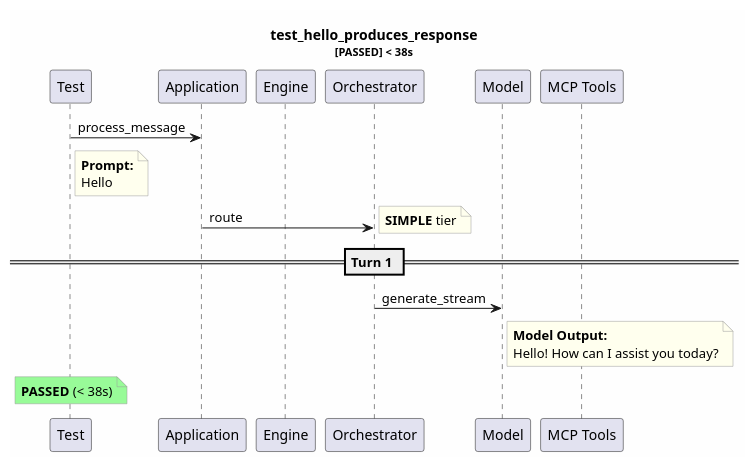
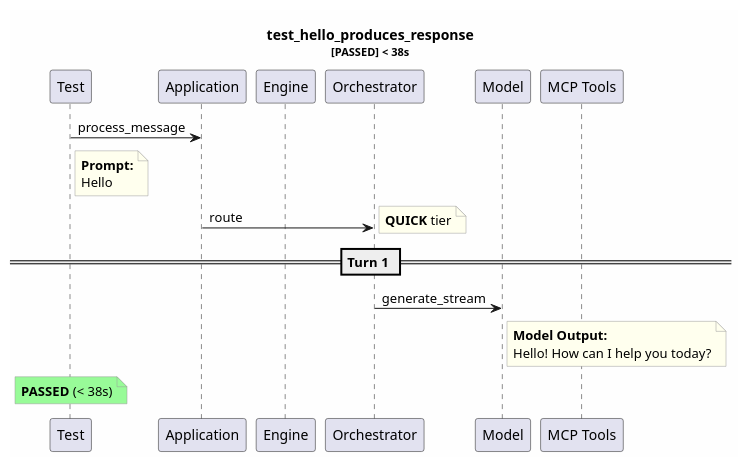
Before and after one commit to tvanfossen/entropic: the diagram in test-reports/logs/test_hello_produces_response/test_hello_produces_response.puml, drawn with PlantUML. The commit also changed 142 other files, not shown here.

```diff
--- a/test-reports/logs/test_hello_produces_response/test_hello_produces_response.puml
+++ b/test-reports/logs/test_hello_produces_response/test_hello_produces_response.puml
@@ -1,31 +1,31 @@
 @startuml
 skinparam backgroundColor #FEFEFE
 skinparam noteBorderColor #999999
 skinparam noteBackgroundColor #FFFFEE
 title test_hello_produces_response\n<size:11>[PASSED] < 38s</size>
 
 participant "Test" as T
 participant "Application" as App
 participant "Engine" as Eng
 participant "Orchestrator" as Orch
 participant "Model" as Mdl
 participant "MCP Tools" as MCP
 
 T -> App: process_message
 note right of T
   **Prompt:**
   Hello
 end note
 App -> Orch: route
-note right: **SIMPLE** tier
+note right: **QUICK** tier
 == Turn 1 ==
 Orch -> Mdl: generate_stream
 note right of Mdl
   **Model Output:**
-  Hello! How can I assist you today?
+  Hello! How can I help you today?
 end note
 note over T #palegreen
   **PASSED** (< 38s)
 end note
 
 @enduml
```
